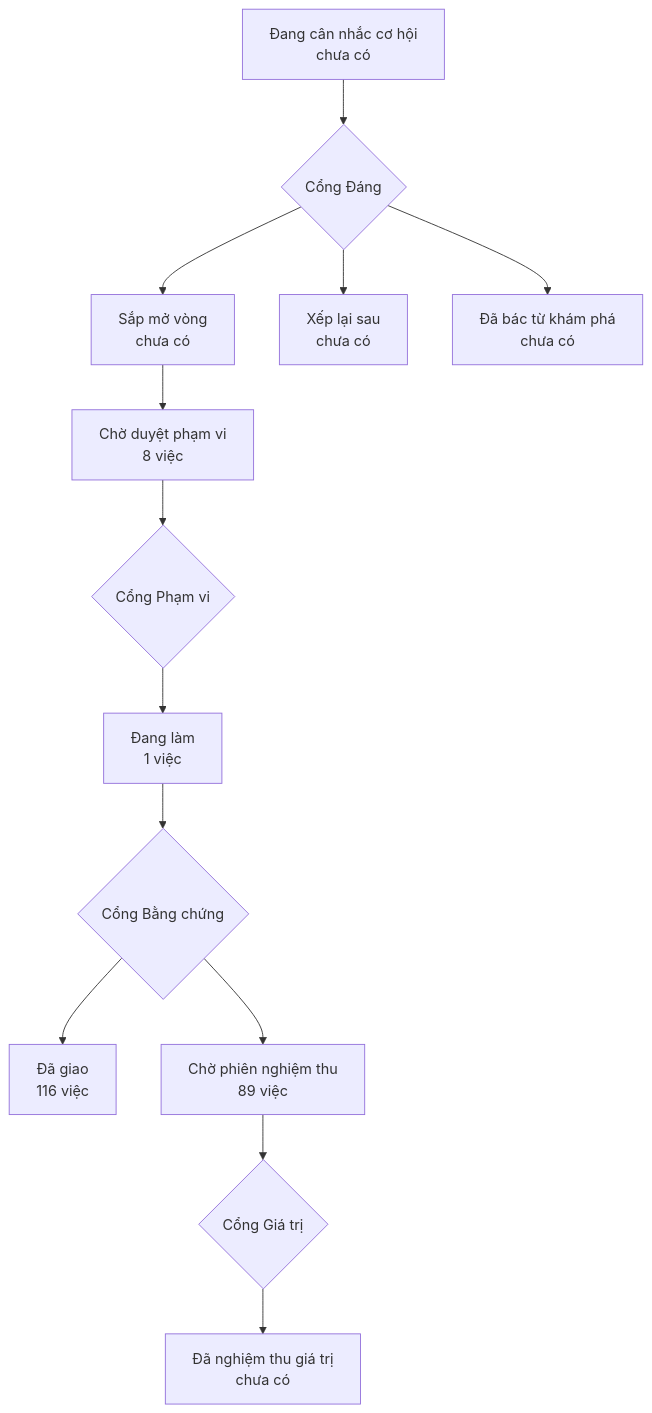
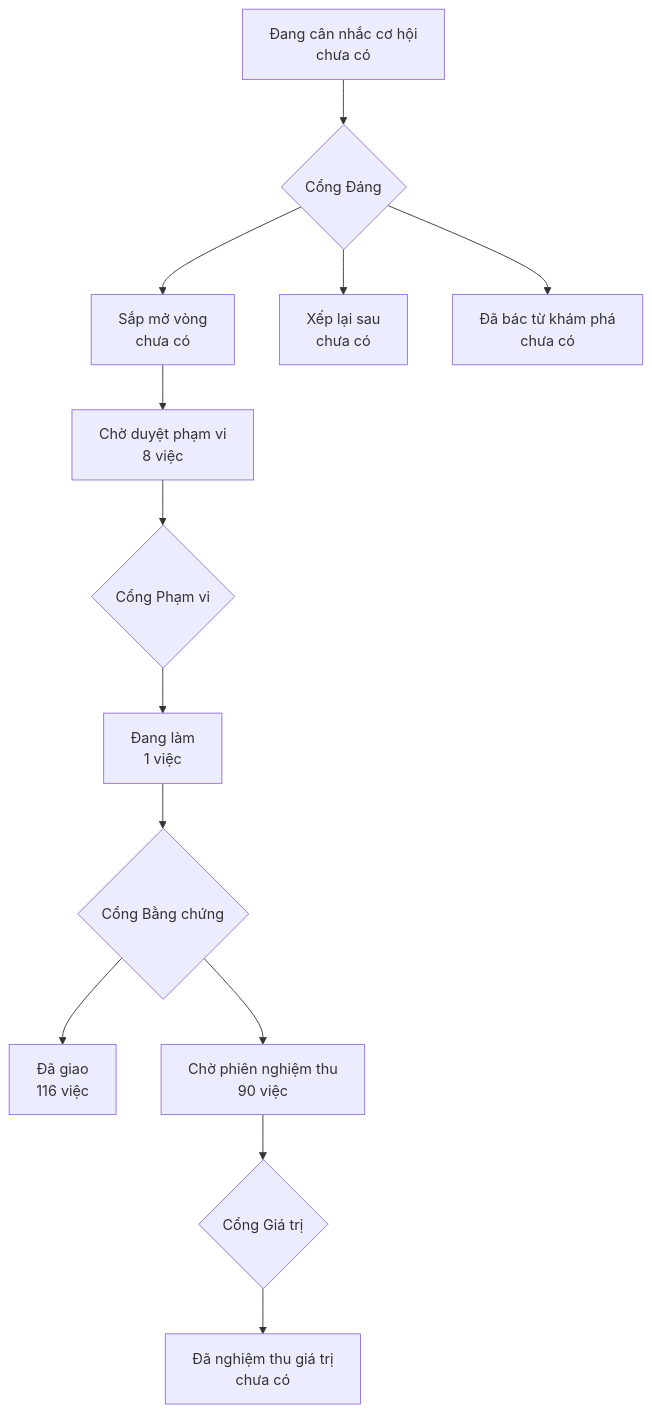
The diagram in PRODUCT-MAP.md (phanlemanh/onehub-invest), drawn with Mermaid before and after one commit. The commit also changed other lines of this file and 1 other file, not shown here.

Commit message:
chore(can-theo-tin): vẽ lại bản đồ sau gộp main cho vòng 6

````diff
--- a/PRODUCT-MAP.md
+++ b/PRODUCT-MAP.md
@@ -7,12 +7,12 @@
 ```mermaid
 flowchart TD
   A["Đang cân nhắc cơ hội<br/>chưa có"] --> GD{"Cổng Đáng"}
   GD --> B["Sắp mở vòng<br/>chưa có"]
   GD --> XL["Xếp lại sau<br/>chưa có"]
   GD --> DB["Đã bác từ khám phá<br/>chưa có"]
   B --> CD["Chờ duyệt phạm vi<br/>8 việc"] --> GP{"Cổng Phạm vi"}
   GP --> DL["Đang làm<br/>1 việc"] --> GB{"Cổng Bằng chứng"}
   GB --> DG["Đã giao<br/>116 việc"]
-  GB --> CN["Chờ phiên nghiệm thu<br/>89 việc"] --> GG{"Cổng Giá trị"}
+  GB --> CN["Chờ phiên nghiệm thu<br/>90 việc"] --> GG{"Cổng Giá trị"}
   GG --> NT["Đã nghiệm thu giá trị<br/>chưa có"]
 ```
````
